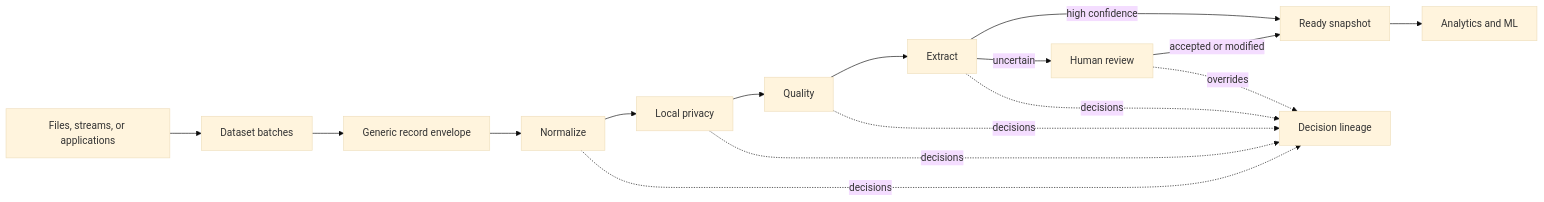
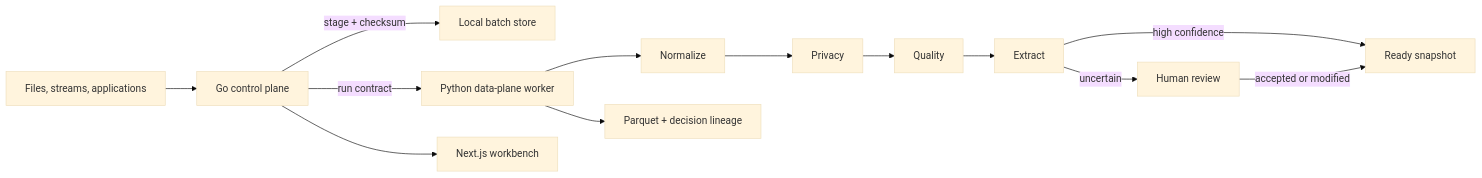
The diagram in docs/architecture.md (realAllenSong/Verity), drawn with Mermaid (base theme) before and after one commit. The commit also changed other lines of this file and 51 other files, not shown here.

Commit message:
Migrate Verity control plane to Go

````diff
--- a/docs/architecture.md
+++ b/docs/architecture.md
@@ -5,19 +5,15 @@
 ```mermaid
 flowchart LR
-    A[Files, streams, or applications] --> B[Dataset batches]
-    B --> C0[Generic record envelope]
-    C0 --> C[Normalize]
-    C --> D[Local privacy]
-    D --> E[Quality]
-    E --> F[Extract]
-    F -->|high confidence| G[Ready snapshot]
-    F -->|uncertain| H[Human review]
-    H -->|accepted or modified| G
-    G --> I[Analytics and ML]
-
-    C -. decisions .-> J[Decision lineage]
-    D -. decisions .-> J
-    E -. decisions .-> J
-    F -. decisions .-> J
-    H -. overrides .-> J
+    A[Files, streams, applications] --> B[Go control plane]
+    B -->|stage + checksum| C[Local batch store]
+    B -->|run contract| D[Python data-plane worker]
+    D --> E0[Normalize]
+    E0 --> E1[Privacy]
+    E1 --> E2[Quality]
+    E2 --> E3[Extract]
+    E3 -->|high confidence| F[Ready snapshot]
+    E3 -->|uncertain| G[Human review]
+    G -->|accepted or modified| F
+    D --> H[Parquet + decision lineage]
+    B --> I[Next.js workbench]
 ```
````
